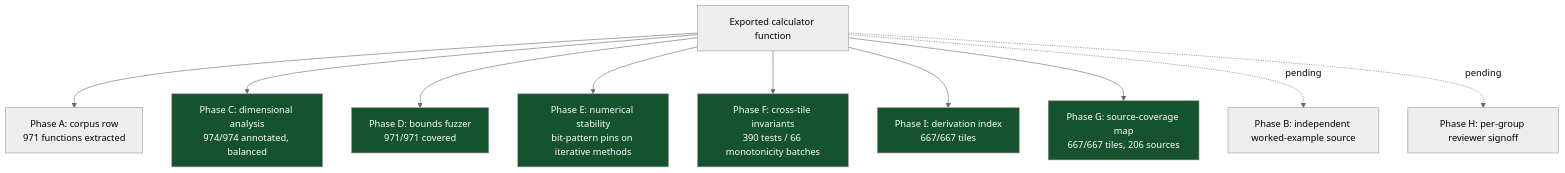
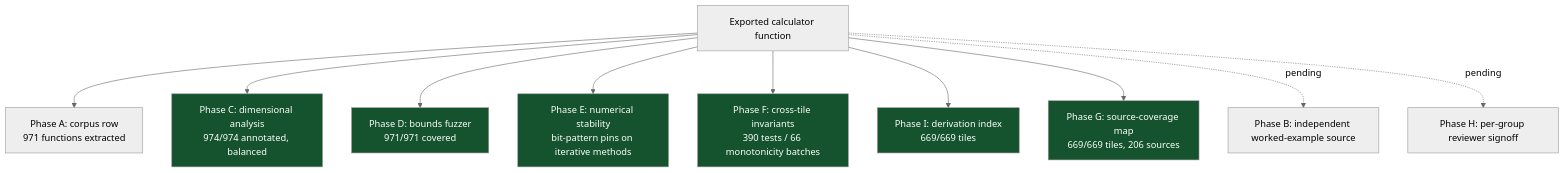
Before and after one commit to clay-good/roughlogic.com: the sixth of 8 diagrams in README.md, drawn with Mermaid (neutral theme). The commit also changed other lines of this file and 15 other files, not shown here.

````diff
--- a/README.md
+++ b/README.md
@@ -462,18 +464,18 @@
 ```mermaid
 flowchart TB
     F[Exported calculator function] --> A[Phase A: corpus row\n971 functions extracted]
     F --> C[Phase C: dimensional analysis\n974/974 annotated, balanced]
     F --> D[Phase D: bounds fuzzer\n971/971 covered]
     F --> E[Phase E: numerical stability\nbit-pattern pins on iterative methods]
     F --> Fa[Phase F: cross-tile invariants\n390 tests / 66 monotonicity batches]
-    F --> I[Phase I: derivation index\n667/667 tiles]
-    F --> G[Phase G: source-coverage map\n667/667 tiles, 206 sources]
+    F --> I[Phase I: derivation index\n669/669 tiles]
+    F --> G[Phase G: source-coverage map\n669/669 tiles, 206 sources]
     F -.pending.-> B[Phase B: independent worked-example source]
     F -.pending.-> H[Phase H: per-group reviewer signoff]
     style C fill:#14532d,color:#fff
     style D fill:#14532d,color:#fff
     style E fill:#14532d,color:#fff
     style Fa fill:#14532d,color:#fff
     style G fill:#14532d,color:#fff
     style I fill:#14532d,color:#fff
 ```
````
